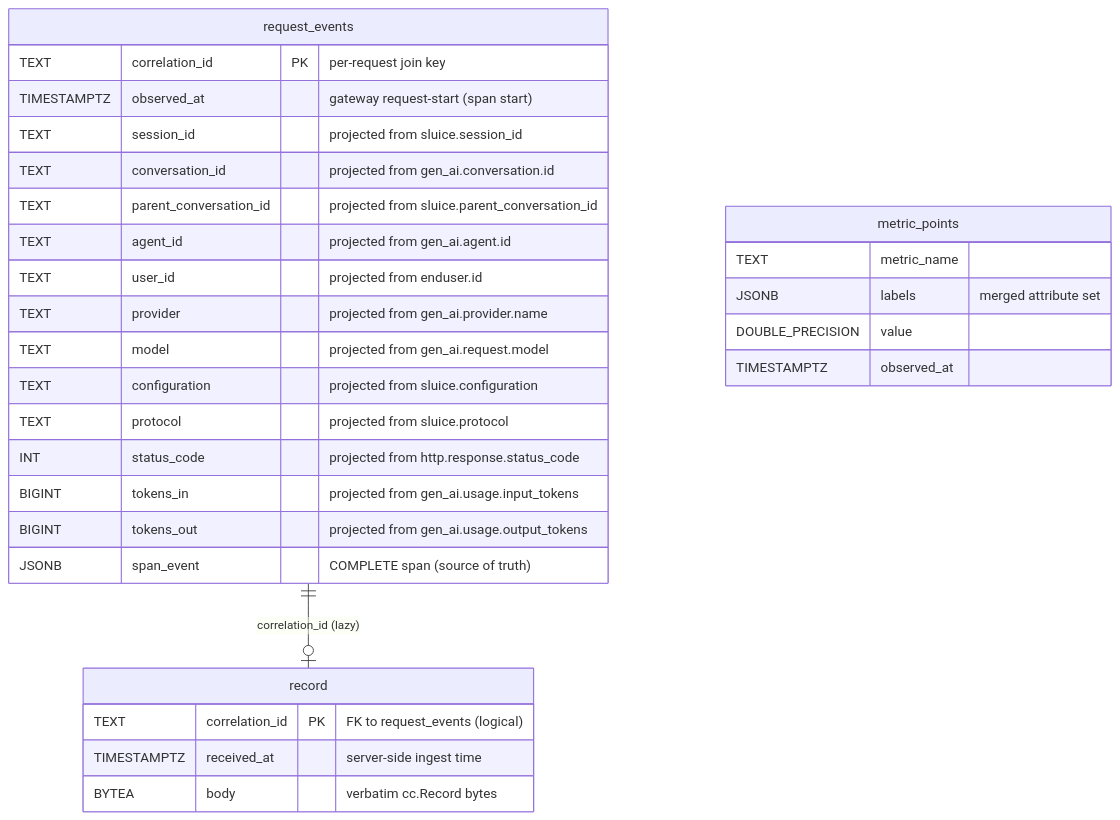
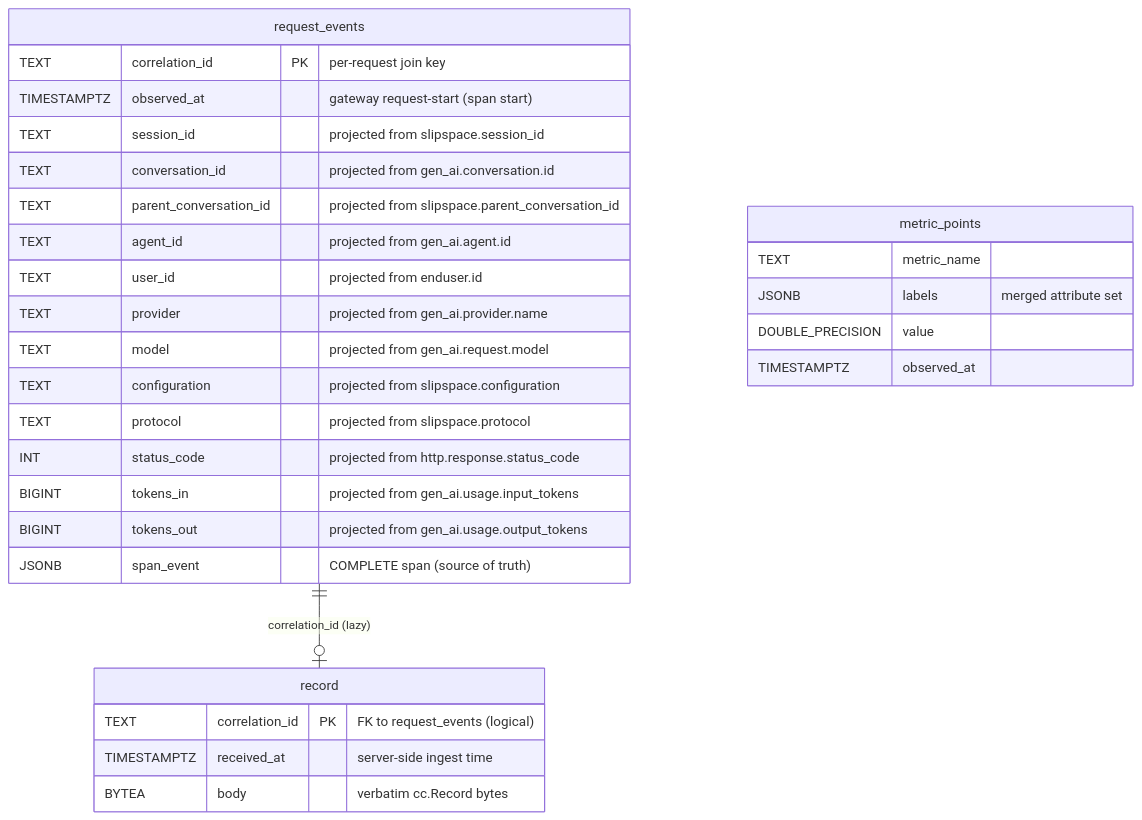
The diagram in docs/arbiter-database-schema.md (andyjmorgan/slipspace-gateway), drawn with Mermaid before and after one commit. The commit also changed other lines of this file and 30 other files, not shown here.

````diff
--- a/docs/arbiter-database-schema.md
+++ b/docs/arbiter-database-schema.md
@@ -40,32 +40,32 @@
 ```mermaid
 erDiagram
     request_events ||--o| record : "correlation_id (lazy)"
     request_events {
         TEXT        correlation_id PK "per-request join key"
         TIMESTAMPTZ observed_at "gateway request-start (span start)"
-        TEXT        session_id "projected from sluice.session_id"
+        TEXT        session_id "projected from slipspace.session_id"
         TEXT        conversation_id "projected from gen_ai.conversation.id"
-        TEXT        parent_conversation_id "projected from sluice.parent_conversation_id"
+        TEXT        parent_conversation_id "projected from slipspace.parent_conversation_id"
         TEXT        agent_id "projected from gen_ai.agent.id"
         TEXT        user_id "projected from enduser.id"
         TEXT        provider "projected from gen_ai.provider.name"
         TEXT        model "projected from gen_ai.request.model"
-        TEXT        configuration "projected from sluice.configuration"
-        TEXT        protocol "projected from sluice.protocol"
+        TEXT        configuration "projected from slipspace.configuration"
+        TEXT        protocol "projected from slipspace.protocol"
         INT         status_code "projected from http.response.status_code"
         BIGINT      tokens_in "projected from gen_ai.usage.input_tokens"
         BIGINT      tokens_out "projected from gen_ai.usage.output_tokens"
         JSONB       span_event "COMPLETE span (source of truth)"
     }
     record {
         TEXT        correlation_id PK "FK to request_events (logical)"
         TIMESTAMPTZ received_at "server-side ingest time"
         BYTEA       body "verbatim cc.Record bytes"
     }
     metric_points {
         TEXT             metric_name
         JSONB            labels "merged attribute set"
         DOUBLE_PRECISION value
         TIMESTAMPTZ      observed_at
     }
 ```
````
